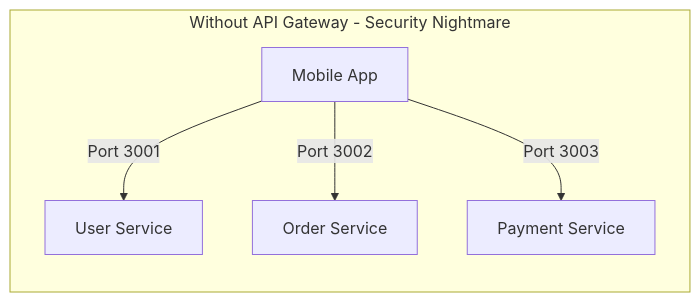
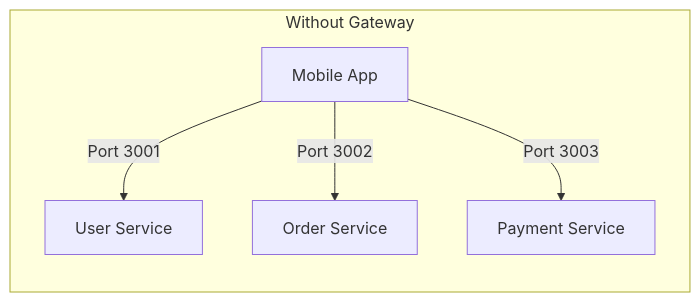
The second of 6 diagrams in README.md (jonathanagustin/consul-api-gateway), drawn with Mermaid before and after one commit. The commit also changed other lines of this file, not shown here.

First line of the commit message:
fix: shorten mermaid diagram labels to prevent line wrapping

````diff
--- a/README.md
+++ b/README.md
@@ -228,9 +228,9 @@
 ```mermaid
 graph LR
-    subgraph "Without API Gateway - Security Nightmare"
+    subgraph "Without Gateway"
         MA1[Mobile App]
         MA1 -->|Port 3001| US1[User Service]
         MA1 -->|Port 3002| OS1[Order Service]
         MA1 -->|Port 3003| PS1[Payment Service]
     end
 ```
````
